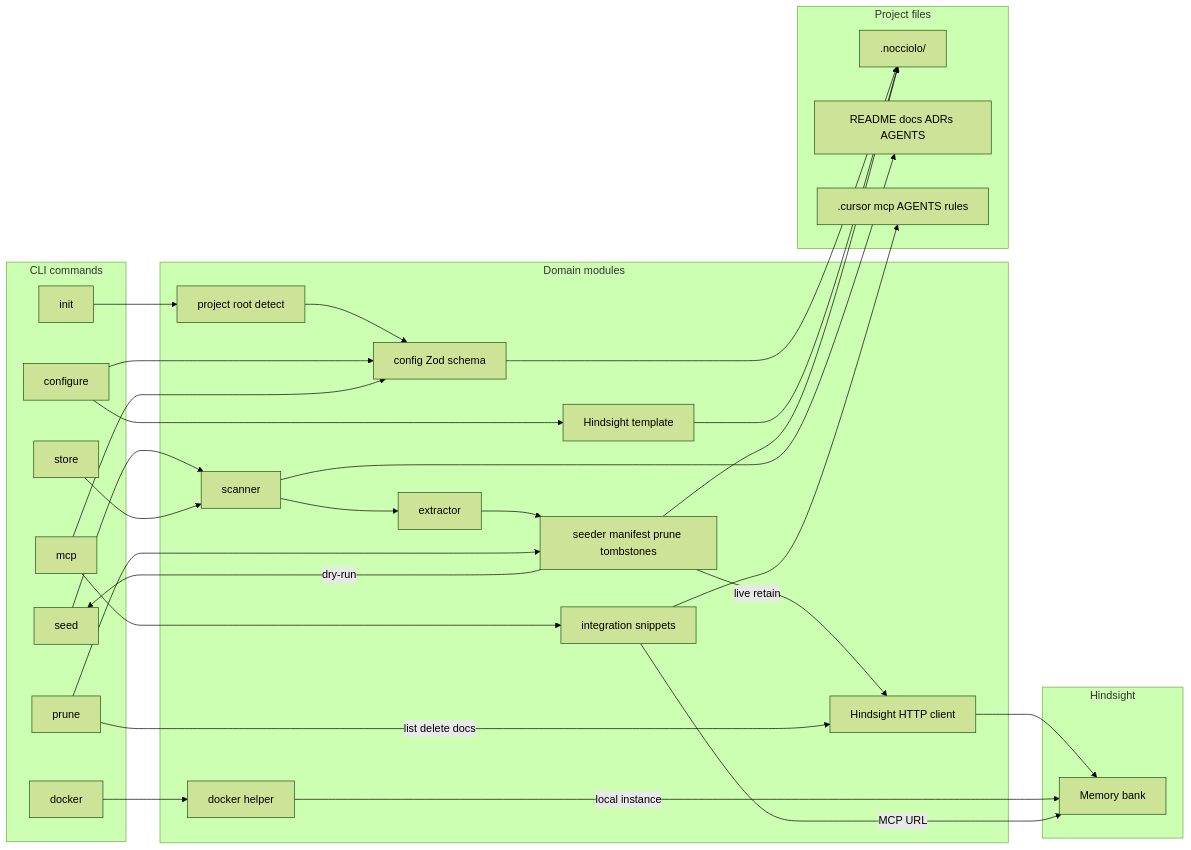
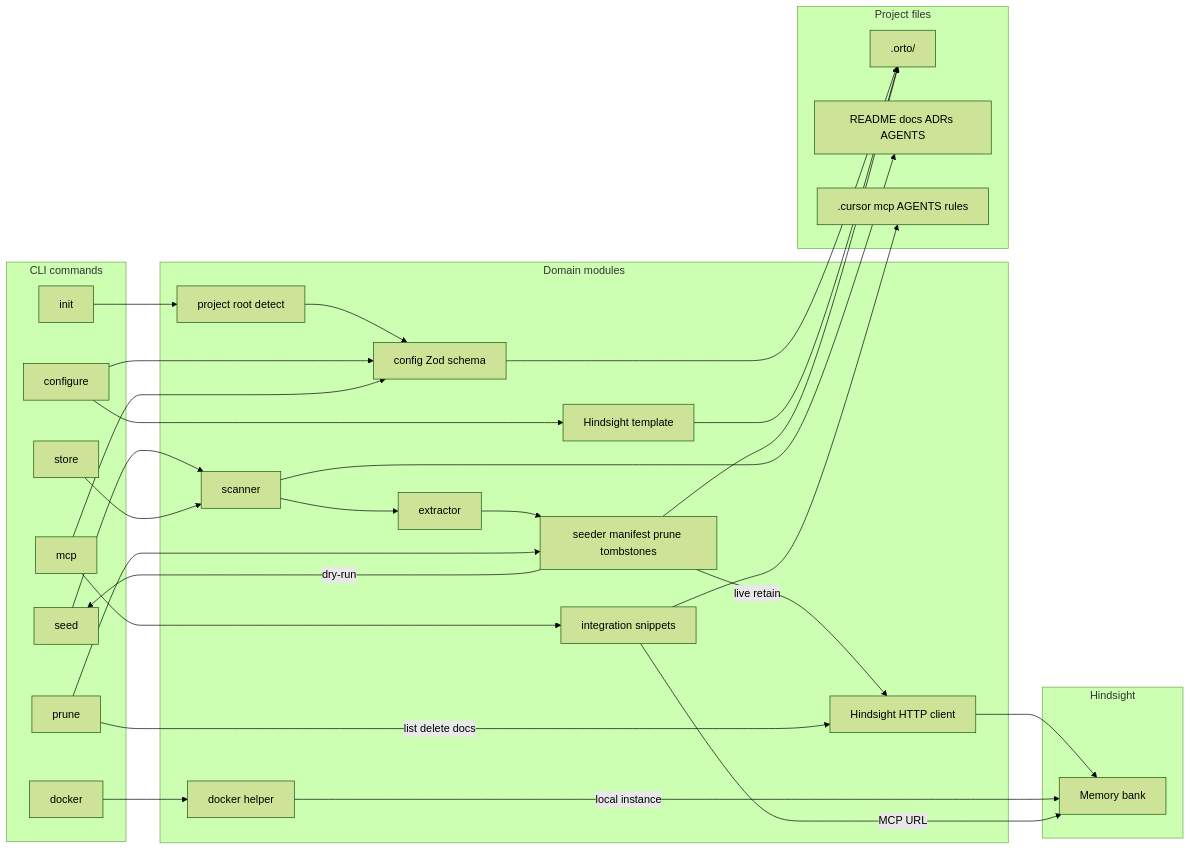
The first of 2 diagrams in docs/cli-architecture.md (zanuka/nocciolo), drawn with Mermaid (forest theme) before and after one commit. The commit also changed other lines of this file and 118 other files, not shown here.

First line of the commit message:
Rename Nocciolo to Orto across the CLI, package, config dir, env vars, and docs.

````diff
--- a/docs/cli-architecture.md
+++ b/docs/cli-architecture.md
@@ -22,52 +22,52 @@
 ```mermaid
 flowchart LR
   subgraph cli [CLI commands]
     initCmd[init]
     configureCmd[configure]
     seedCmd[seed]
     storeCmd[store]
     pruneCmd[prune]
     dockerCmd[docker]
     mcpCmd[mcp]
   end
 
   subgraph core [Domain modules]
     project[project root detect]
     config[config Zod schema]
     scanner[scanner]
     extractor[extractor]
     template[Hindsight template]
     seeder[seeder manifest prune tombstones]
     client[Hindsight HTTP client]
     integration[integration snippets]
     dockerHelper[docker helper]
   end
 
   subgraph disk [Project files]
-    noccioloDir[".nocciolo/"]
+    ortoDir[".orto/"]
     sources[README docs ADRs AGENTS]
     agentFiles[".cursor mcp AGENTS rules"]
   end
 
   subgraph remote [Hindsight]
     bank[Memory bank]
   end
 
-  initCmd --> project --> config --> noccioloDir
+  initCmd --> project --> config --> ortoDir
   configureCmd --> config
-  configureCmd --> template --> noccioloDir
+  configureCmd --> template --> ortoDir
   seedCmd --> scanner --> sources
   storeCmd --> scanner
   scanner --> extractor
   extractor --> seeder
   seeder -->|dry-run| seedCmd
   seeder -->|live retain| client --> bank
-  seeder --> noccioloDir
+  seeder --> ortoDir
   pruneCmd --> seeder
   pruneCmd -->|list delete docs| client
   dockerCmd --> dockerHelper
   dockerHelper -->|local instance| bank
   mcpCmd --> config
   mcpCmd --> integration --> agentFiles
   integration -->|MCP URL| bank
 ```
````
